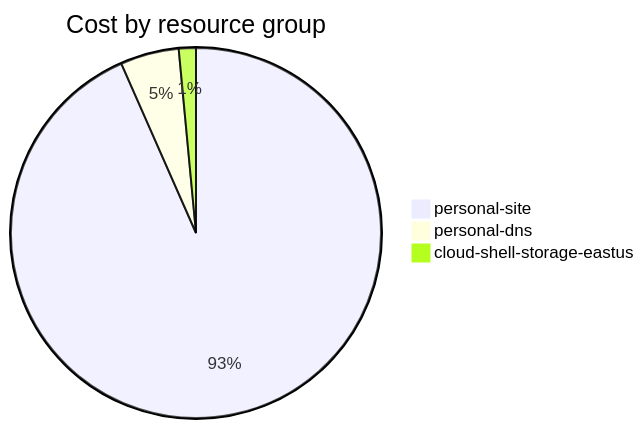
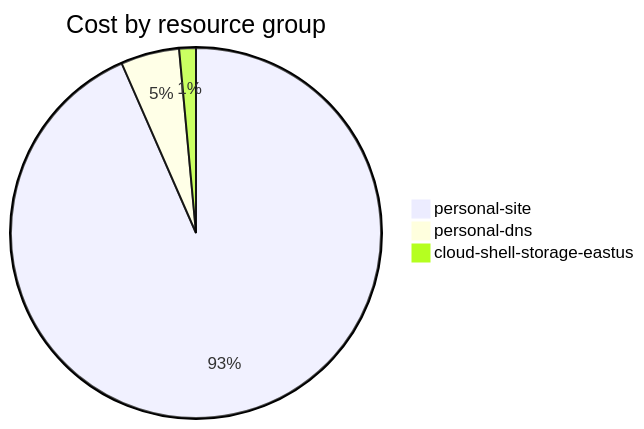
Before and after one commit to jpfulton/azure-personal-reports: the fourth of 4 diagrams in cost-reports/accumulated-cost.md, drawn with Mermaid. The commit also changed other lines of this file and 4 other files, not shown here.

````diff
--- a/cost-reports/accumulated-cost.md
+++ b/cost-reports/accumulated-cost.md
@@ -143,7 +143,7 @@
 ```mermaid
 pie
    title Cost by resource group
-   "personal-site" : 4.38
-   "personal-dns" : 0.24
-   "cloud-shell-storage-eastus" : 0.07
+   "personal-site" : 5.12
+   "personal-dns" : 0.28
+   "cloud-shell-storage-eastus" : 0.08
 ```
````
